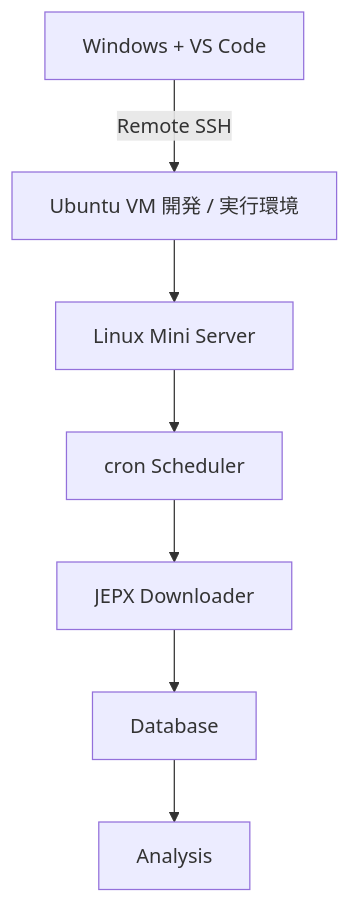
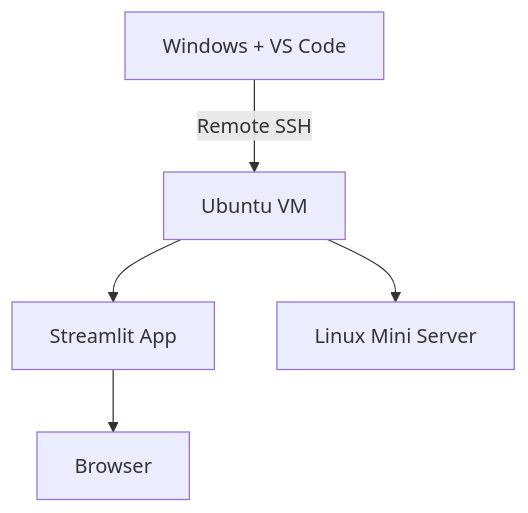
The seventh of 9 diagrams in README.md (banzai80311315/jepx-data-analytics-platform), drawn with Mermaid before and after one commit. The commit also changed other lines of this file, not shown here.

````diff
--- a/README.md
+++ b/README.md
@@ -235,10 +225,11 @@
 ```mermaid
 flowchart TD
     A[Windows + VS Code]
-    A -->|Remote SSH| B[Ubuntu VM 開発 / 実行環境]
-    B --> C[Linux Mini Server]
-    C --> D[cron Scheduler]
-    D --> E[JEPX Downloader]
-    E --> F[Database]
-    F --> G[Analysis]
+    A -->|Remote SSH| B[Ubuntu VM]
+
+    B --> C[Streamlit App]
+
+    C --> D[Browser]
+
+    B --> E[Linux Mini Server]
 ```
````
